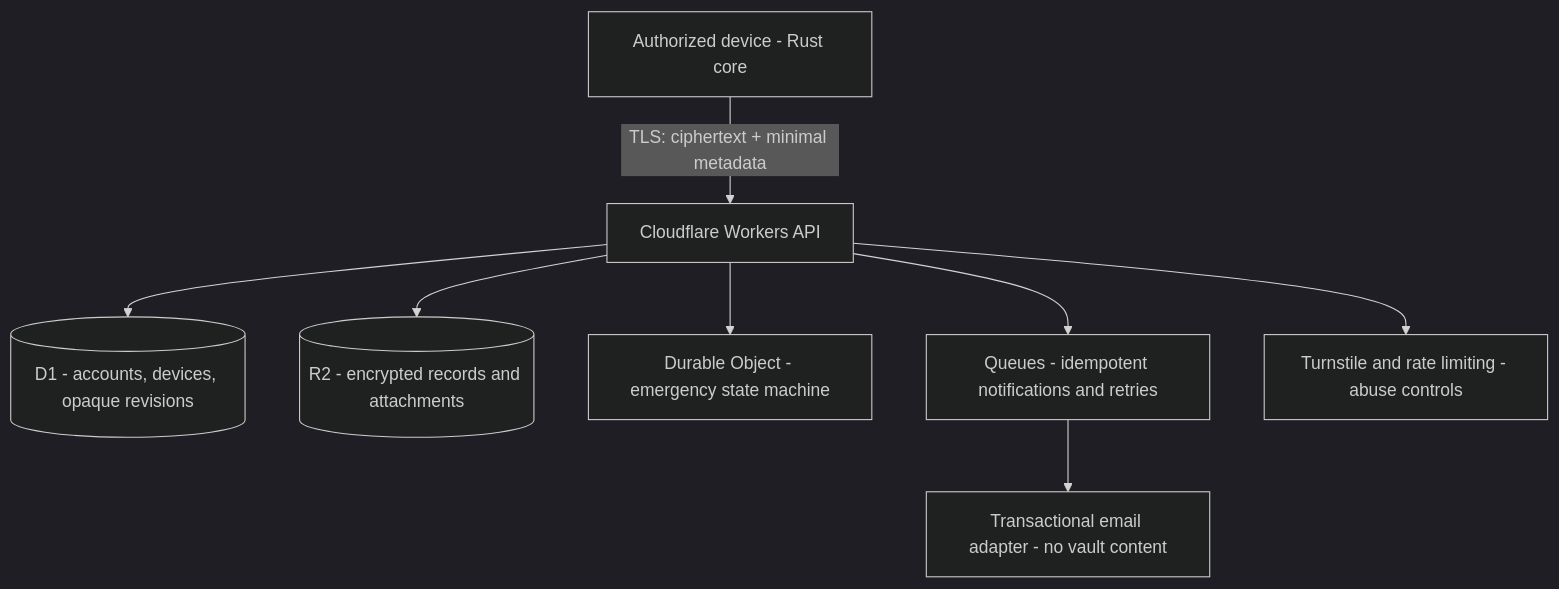
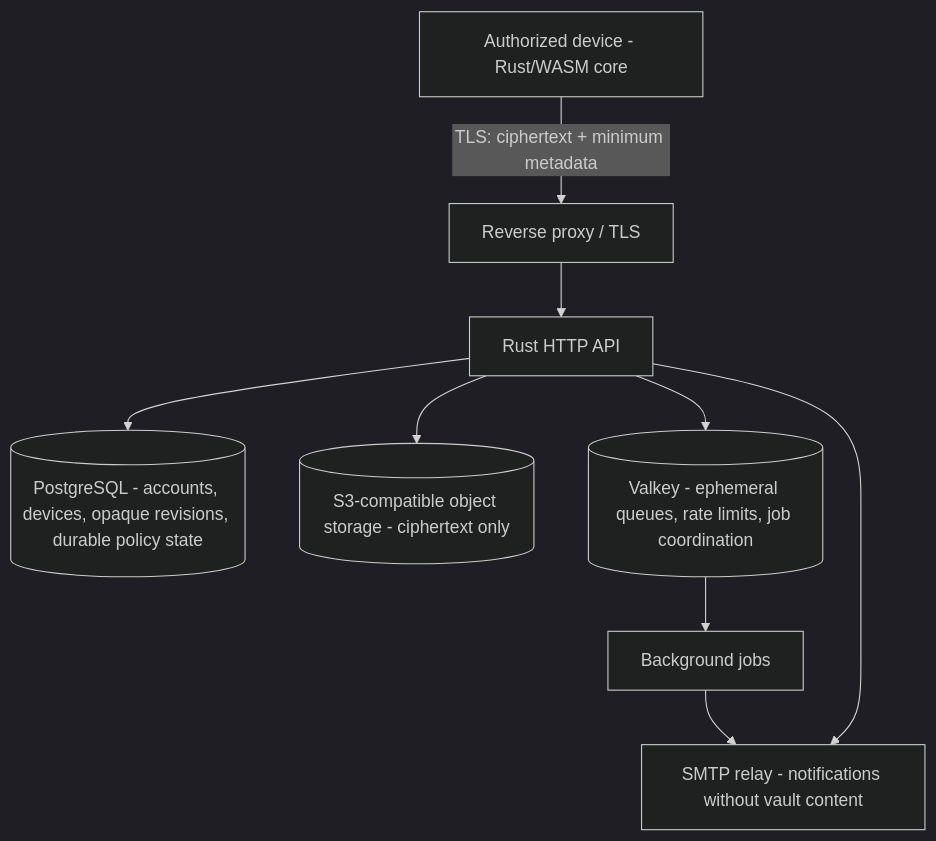
One commit to Axiusflowhq/Safeory changed the diagram in docs/architecture/cloudflare.md. Above: the diagram before and after it, drawn with Mermaid (dark theme). The commit also changed other lines of this file and 116 other files, not shown here.

````diff
--- a/docs/architecture/cloudflare.md
+++ b/docs/architecture/cloudflare.md
@@ -5,10 +9,11 @@
 ```mermaid
 flowchart TD
-  D[Authorized device - Rust core] -->|TLS: ciphertext + minimal metadata| W[Cloudflare Workers API]
-  W --> D1[(D1 - accounts, devices, opaque revisions)]
-  W --> R2[(R2 - encrypted records and attachments)]
-  W --> DO[Durable Object - emergency state machine]
-  W --> Q[Queues - idempotent notifications and retries]
-  Q --> E[Transactional email adapter - no vault content]
-  W --> T[Turnstile and rate limiting - abuse controls]
+  D[Authorized device - Rust/WASM core] -->|TLS: ciphertext + minimum metadata| P[Reverse proxy / TLS]
+  P --> A[Rust HTTP API]
+  A --> PG[(PostgreSQL - accounts, devices, opaque revisions, durable policy state)]
+  A --> S3[(S3-compatible object storage - ciphertext only)]
+  A --> V[(Valkey - ephemeral queues, rate limits, job coordination)]
+  V --> J[Background jobs]
+  J --> SMTP[SMTP relay - notifications without vault content]
+  A --> SMTP
 ```
````
